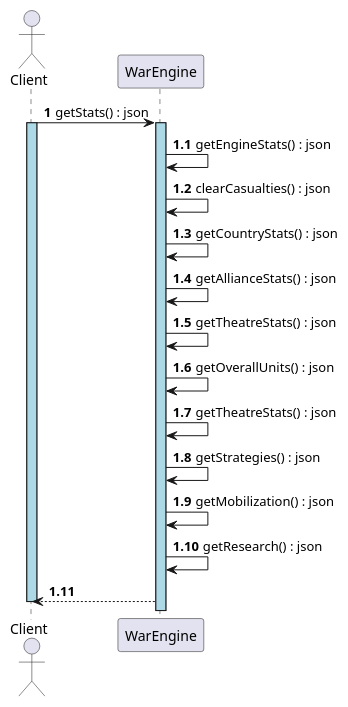
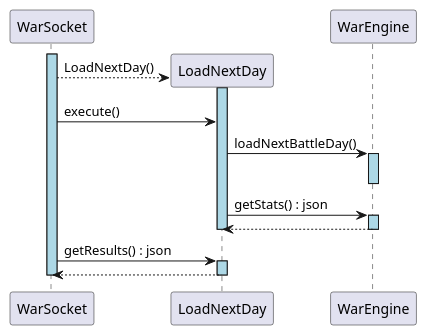
One commit to ArmandKrynauw/COS214-Project changed the diagram in Diagrams/GetStats-WarEngine.puml. Above: the diagram before and after it, drawn with PlantUML. The commit also changed 4 other files, not shown here.

Commit message:
Update Diagrams

```diff
--- a/Diagrams/GetStats-WarEngine.puml
+++ b/Diagrams/GetStats-WarEngine.puml
@@ -1,26 +1,28 @@
-@startuml 
-skinparam ParticipantPadding 40
+@startuml
 
-actor Client
+participant WarSocket
+
+participant LoadNextDay
+
 participant WarEngine
-autonumber 1
-Client -> WarEngine : getStats() : json
-activate Client #add8e6
-activate WarEngine #add8e6
 
-	autonumber 1.1
-	WarEngine -> WarEngine : getEngineStats() : json
-	WarEngine -> WarEngine : clearCasualties() : json
-	WarEngine -> WarEngine : getCountryStats() : json
-	WarEngine -> WarEngine : getAllianceStats() : json
-	WarEngine -> WarEngine : getTheatreStats() : json
-	WarEngine -> WarEngine : getOverallUnits() : json
-	WarEngine -> WarEngine : getTheatreStats() : json
-	WarEngine -> WarEngine : getStrategies() : json
-	WarEngine -> WarEngine : getMobilization() : json
-	WarEngine -> WarEngine : getResearch() : json
-    WarEngine --> Client
+    activate WarSocket #add8e6
+    create LoadNextDay
+    WarSocket --> LoadNextDay : LoadNextDay()
+    activate LoadNextDay #add8e6
+    WarSocket -> LoadNextDay : execute()
+    LoadNextDay -> WarEngine : loadNextBattleDay()
+    activate WarEngine #add8e6
+    deactivate WarEngine #add8e6
+    LoadNextDay -> WarEngine : getStats() : json
+    activate WarEngine #add8e6
+    WarEngine --> LoadNextDay
+    deactivate LoadNextDay #add8e6
+    deactivate WarEngine #add8e6
+    WarSocket -> LoadNextDay : getResults() : json
+    activate LoadNextDay #add8e6
+    LoadNextDay --> WarSocket
+    deactivate LoadNextDay #add8e6
+    deactivate WarSocket #add8e6
 
-deactivate Client
-
-@enduml 
+@enduml
```
